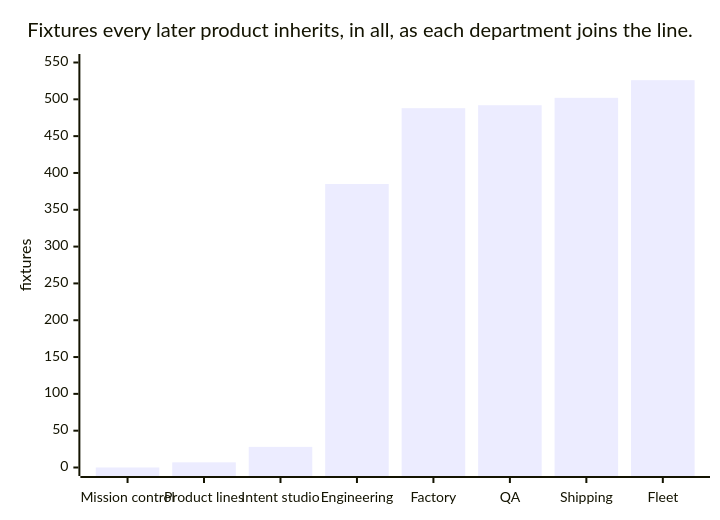
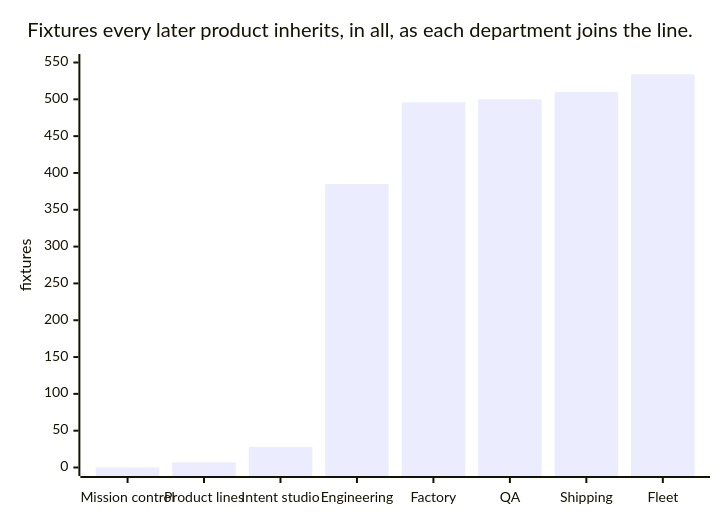
Before and after one commit to russlittle/ZTHR: the second of 3 diagrams in intent/docs/line/README.md, drawn with Mermaid. The commit also changed other lines of this file and 23 other files, not shown here.

````diff
--- a/intent/docs/line/README.md
+++ b/intent/docs/line/README.md
@@ -99,7 +99,7 @@
 ```mermaid
 xychart-beta
   title "Fixtures every later product inherits, in all, as each department joins the line."
   x-axis ["Mission control", "Product lines", "Intent studio", "Engineering", "Factory", "QA", "Shipping", "Fleet"]
   y-axis "fixtures" 0 --> 550
-  bar [0, 7, 28, 385, 488, 492, 502, 526]
+  bar [0, 7, 28, 385, 496, 500, 510, 534]
 ```
````
